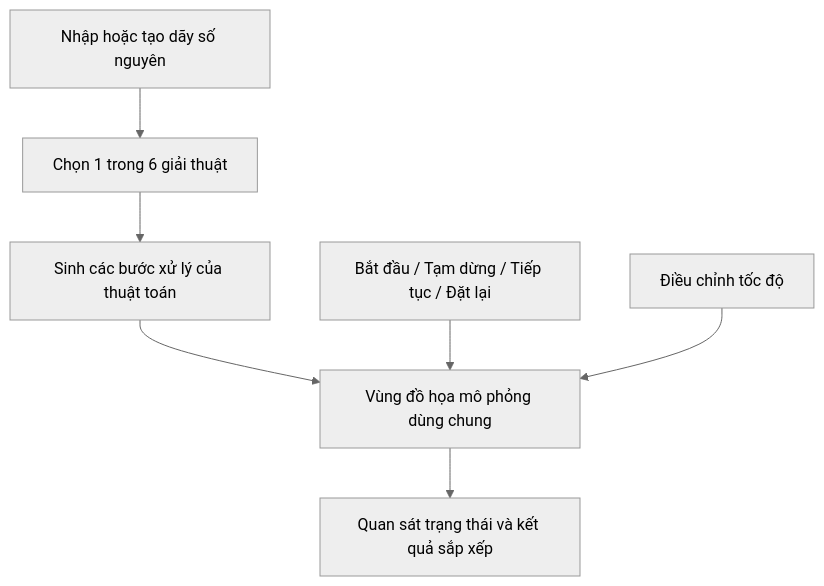
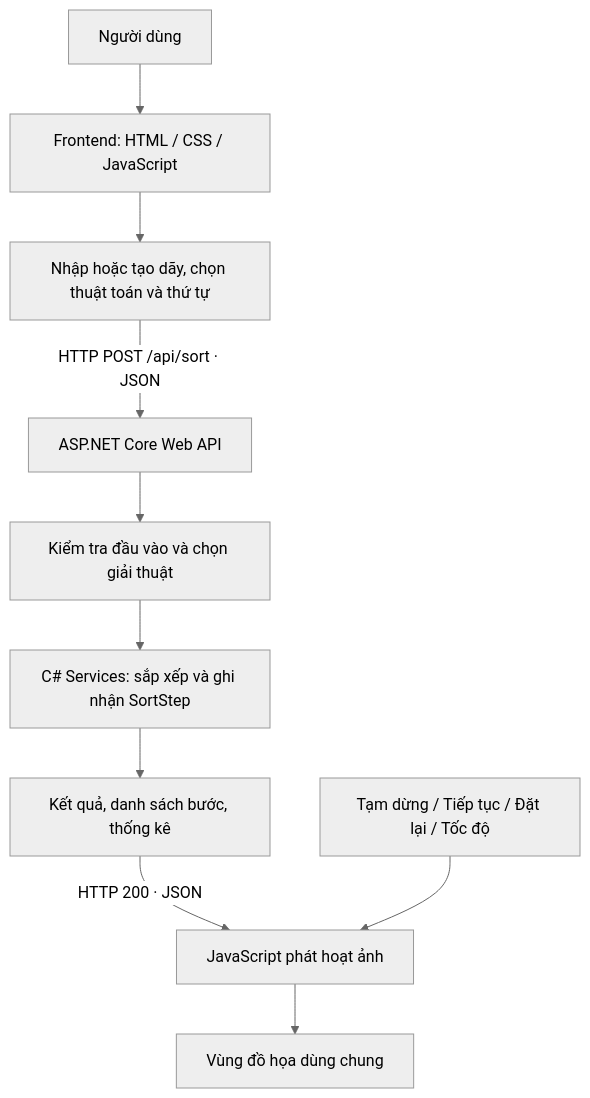
The diagram in README.md (plcongg270906/DoAnCoSoNganh), drawn with Mermaid (neutral theme) before and after one commit. The commit also changed other lines of this file, not shown here.

````diff
--- a/README.md
+++ b/README.md
@@ -92,9 +102,12 @@
 ```mermaid
 flowchart TD
-    A["Nhập hoặc tạo dãy số nguyên"] --> B["Chọn 1 trong 6 giải thuật"]
-    B --> C["Sinh các bước xử lý của thuật toán"]
-    C --> D["Vùng đồ họa mô phỏng dùng chung"]
-    E["Bắt đầu / Tạm dừng / Tiếp tục / Đặt lại"] --> D
-    F["Điều chỉnh tốc độ"] --> D
-    D --> G["Quan sát trạng thái và kết quả sắp xếp"]
+    A["Người dùng"] --> B["Frontend: HTML / CSS / JavaScript"]
+    B --> C["Nhập hoặc tạo dãy, chọn thuật toán và thứ tự"]
+    C -->|"HTTP POST /api/sort · JSON"| D["ASP.NET Core Web API"]
+    D --> E["Kiểm tra đầu vào và chọn giải thuật"]
+    E --> F["C# Services: sắp xếp và ghi nhận SortStep"]
+    F --> G["Kết quả, danh sách bước, thống kê"]
+    G -->|"HTTP 200 · JSON"| H["JavaScript phát hoạt ảnh"]
+    H --> I["Vùng đồ họa dùng chung"]
+    J["Tạm dừng / Tiếp tục / Đặt lại / Tốc độ"] --> H
 ```
````
